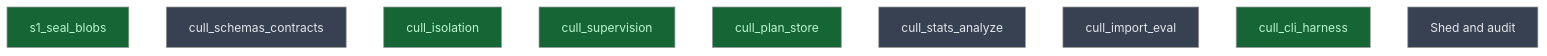
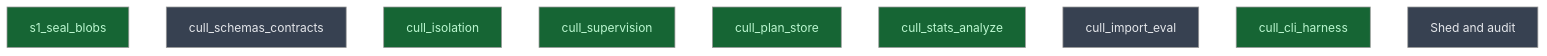
Before and after one commit to CrackingShells/Candler: the diagram in __roadmap__/diet/README.md, drawn with Mermaid (neutral theme). The commit also changed other lines of this file, not shown here.

Commit message:
rdm(api): mark cull_stats_analyze done

````diff
--- a/__roadmap__/diet/README.md
+++ b/__roadmap__/diet/README.md
@@ -21,17 +21,17 @@
 ```mermaid
 graph TD
     s1_seal_blobs[s1_seal_blobs]:::done
     cull_schemas_contracts[cull_schemas_contracts]:::planned
     cull_isolation[cull_isolation]:::done
     cull_supervision[cull_supervision]:::done
     cull_plan_store[cull_plan_store]:::done
-    cull_stats_analyze[cull_stats_analyze]:::planned
+    cull_stats_analyze[cull_stats_analyze]:::done
     cull_import_eval[cull_import_eval]:::planned
     cull_cli_harness[cull_cli_harness]:::done
     shed[Shed and audit]:::planned
     classDef done       fill:#166534,color:#bbf7d0
     classDef inprogress fill:#854d0e,color:#fef08a
     classDef planned    fill:#374151,color:#e5e7eb
     classDef amendment  fill:#1e3a5f,color:#bfdbfe
     classDef blocked    fill:#7f1d1d,color:#fecaca
 ```
````
